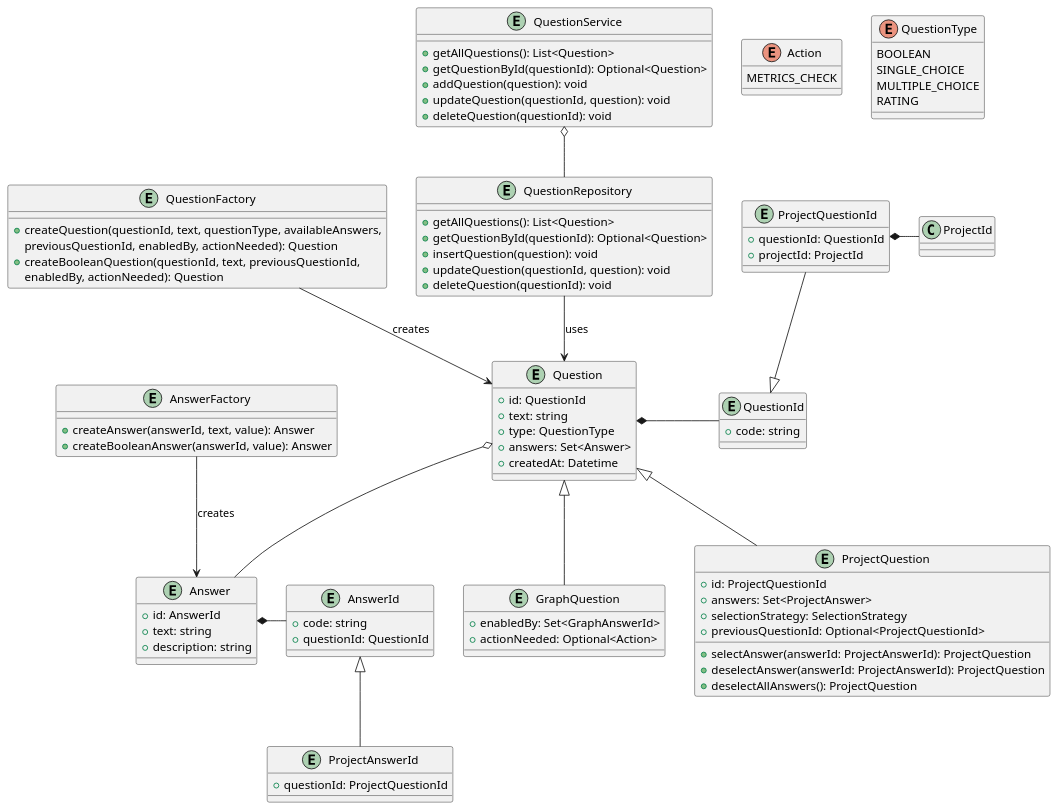
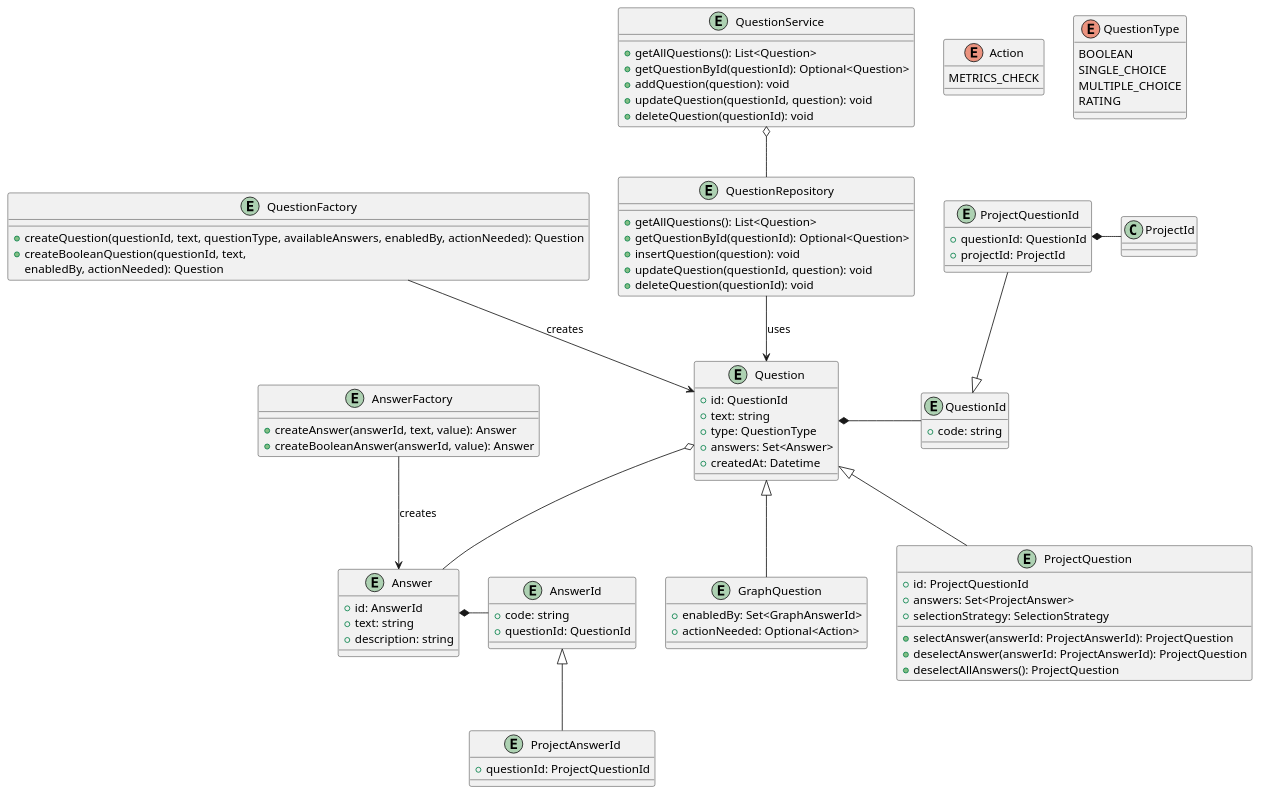
The diagram in docs/uml/Graph.puml (aequitas-aod/aequitas-backend), drawn with PlantUML before and after one commit. The commit also changed 5 other files, not shown here.

Commit message:
refactor!: remove unnecessary previous question id from ProjectQuestion

```diff
--- a/docs/uml/Graph.puml
+++ b/docs/uml/Graph.puml
@@ -1,109 +1,107 @@
 @startuml
 
 entity ProjectQuestionId {
   +questionId: QuestionId
   +projectId: ProjectId
 }
 
 entity Answer {
   +id: AnswerId
   +text: string
   +description: string
 }
 
 entity AnswerId {
   +code: string
   +questionId: QuestionId
 }
 entity ProjectAnswerId {
   +questionId: ProjectQuestionId
 }
 
 AnswerId <|-- ProjectAnswerId
 
 entity QuestionId {
   +code: string
 }
 
 entity Question {
   +id: QuestionId
   +text: string
   +type: QuestionType
   +answers: Set<Answer>
   +createdAt: Datetime
 }
 
 entity GraphQuestion {
   +enabledBy: Set<GraphAnswerId>
   +actionNeeded: Optional<Action>
 }
 
 ProjectQuestionId --|> QuestionId
 ProjectQuestionId *- ProjectId
 
 entity ProjectQuestion {
   +id: ProjectQuestionId
   +answers: Set<ProjectAnswer>
   +selectionStrategy: SelectionStrategy
-  +previousQuestionId: Optional<ProjectQuestionId>
   +selectAnswer(answerId: ProjectAnswerId): ProjectQuestion
   +deselectAnswer(answerId: ProjectAnswerId): ProjectQuestion
   +deselectAllAnswers(): ProjectQuestion
 }
 
 
 entity AnswerFactory {
   +createAnswer(answerId, text, value): Answer
   +createBooleanAnswer(answerId, value): Answer
 }
 
 entity QuestionFactory {
-  +createQuestion(questionId, text, questionType, availableAnswers,
-  previousQuestionId, enabledBy, actionNeeded): Question
-  +createBooleanQuestion(questionId, text, previousQuestionId,
+  +createQuestion(questionId, text, questionType, availableAnswers, enabledBy, actionNeeded): Question
+  +createBooleanQuestion(questionId, text,
   enabledBy, actionNeeded): Question
 }
 
 entity QuestionRepository {
   +getAllQuestions(): List<Question>
   +getQuestionById(questionId): Optional<Question>
   +insertQuestion(question): void
   +updateQuestion(questionId, question): void
   +deleteQuestion(questionId): void
 }
 
 entity QuestionService {
   +getAllQuestions(): List<Question>
   +getQuestionById(questionId): Optional<Question>
   +addQuestion(question): void
   +updateQuestion(questionId, question): void
   +deleteQuestion(questionId): void
 }
 
 enum Action {
   METRICS_CHECK
 }
 
 enum QuestionType {
   BOOLEAN
   SINGLE_CHOICE
   MULTIPLE_CHOICE
   RATING
 }
 
 Answer *- AnswerId
 AnswerFactory --> Answer : creates
 QuestionFactory --> Question : creates
 QuestionRepository --> Question : uses
 QuestionService o-- QuestionRepository
 
 Question *- QuestionId
 Question <|-- GraphQuestion
 Question <|-- ProjectQuestion
 Question o-- Answer
 'Question *-- QuestionType
 'GraphQuestion *-- "0..1" Action
 
 
 
 @enduml
```
